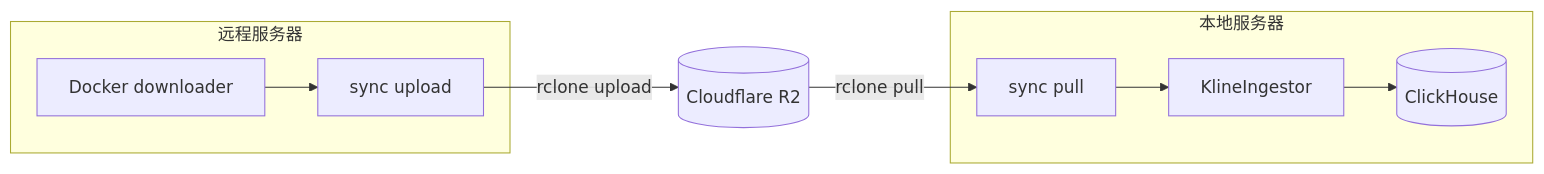
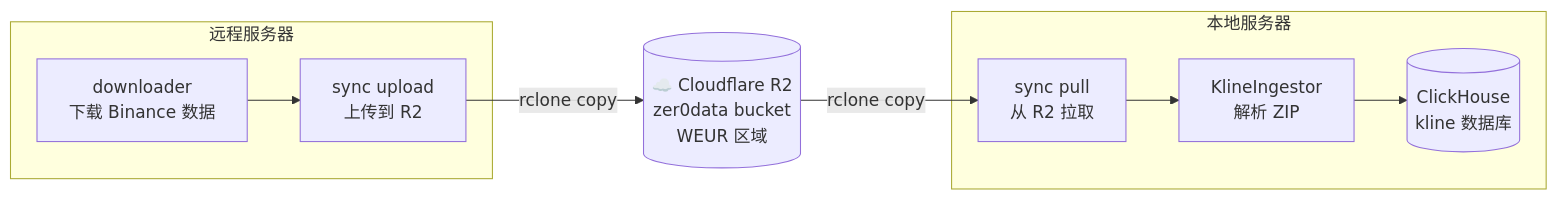
The diagram in sync/README.md (zer0coldai/zer0data), drawn with Mermaid before and after one commit. The commit also changed other lines of this file, not shown here.

First line of the commit message:
docs(sync): rewrite README with step-by-step setup guide

````diff
--- a/sync/README.md
+++ b/sync/README.md
@@ -7,20 +7,20 @@
 ```mermaid
 flowchart LR
   subgraph remote ["远程服务器"]
-    dl["Docker downloader"]
-    up["sync upload"]
+    dl["downloader<br/>下载 Binance 数据"]
+    up["sync upload<br/>上传到 R2"]
     dl --> up
   end
 
-  r2[("Cloudflare R2")]
+  r2[("☁️ Cloudflare R2<br/>zer0data bucket<br/>WEUR 区域")]
 
   subgraph local ["本地服务器"]
-    pull["sync pull"]
-    ingestStep["KlineIngestor"]
-    ch[("ClickHouse")]
+    pull["sync pull<br/>从 R2 拉取"]
+    ingestStep["KlineIngestor<br/>解析 ZIP"]
+    ch[("ClickHouse<br/>kline 数据库")]
     pull --> ingestStep --> ch
   end
 
-  up -->|"rclone upload"| r2
-  r2 -->|"rclone pull"| pull
+  up -->|"rclone copy"| r2
+  r2 -->|"rclone copy"| pull
 ```
````
